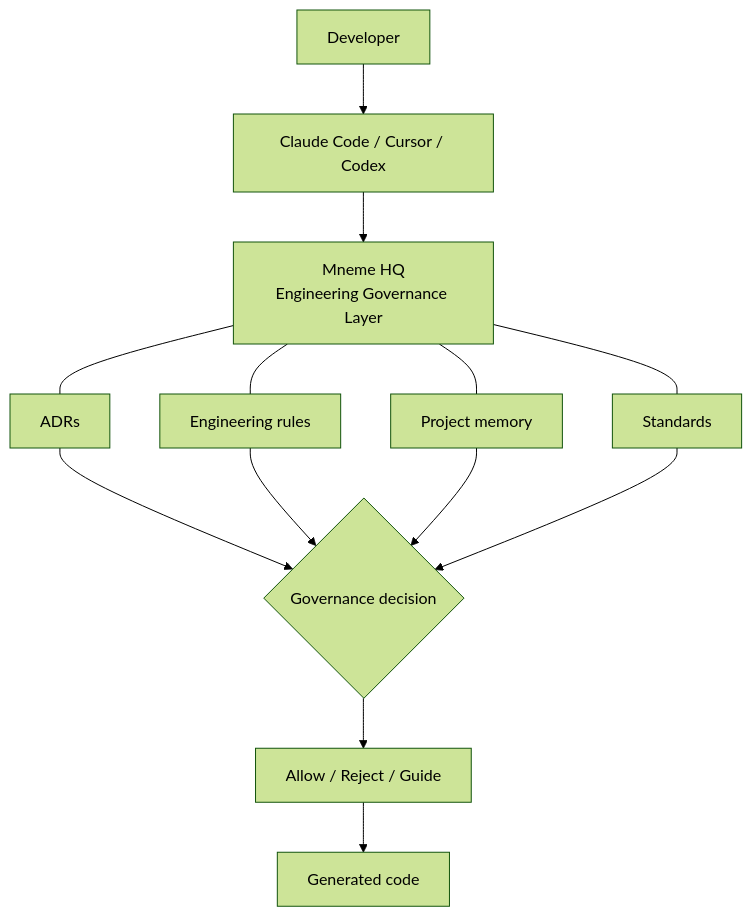
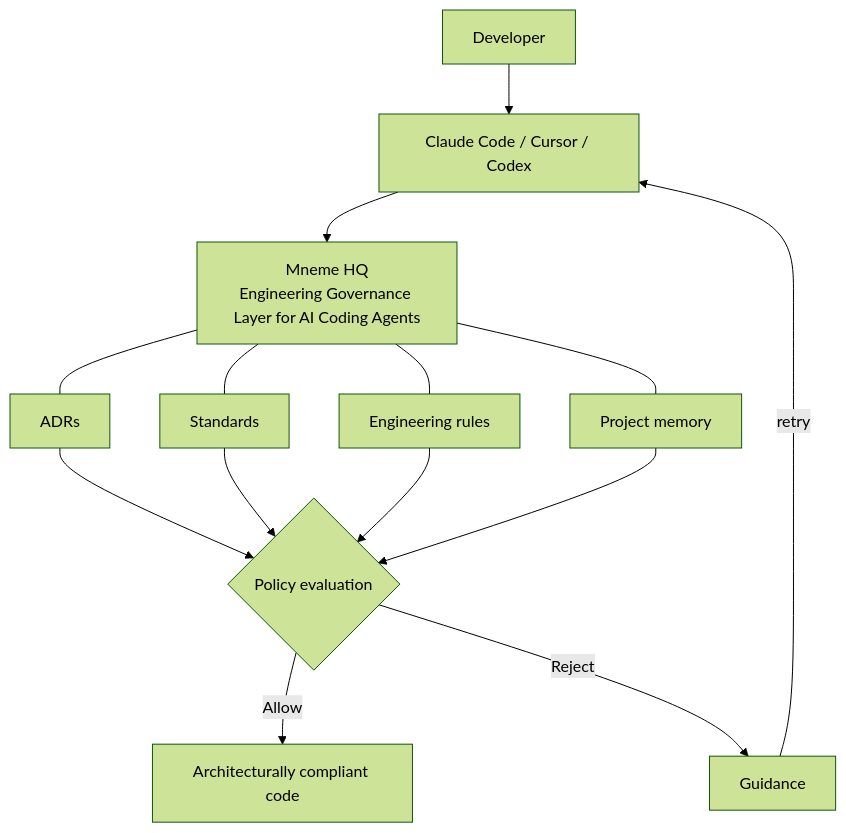
The first of 7 diagrams in docs/architecture-diagrams.md (MnemeHQ/mneme), drawn with Mermaid (forest theme) before and after one commit. The commit also changed 245 other files, not shown here.

First line of the commit message:
site: migrate canonical GitHub URL to MnemeHQ (+ Mermaid sync, Omnigent accuracy fix)

````diff
--- a/docs/architecture-diagrams.md
+++ b/docs/architecture-diagrams.md
@@ -14,20 +14,22 @@
 ```mermaid
 flowchart TD
   Dev[Developer]
   Agents["Claude Code / Cursor / Codex"]
-  Mneme["Mneme HQ<br/>Engineering Governance Layer"]
-  Decision{Governance decision}
-  Outcome["Allow / Reject / Guide"]
-  Code[Generated code]
+  Mneme["Mneme HQ<br/>Engineering Governance Layer for AI Coding Agents"]
+  Eval{Policy evaluation}
+  Code["Architecturally compliant code"]
+  Guidance[Guidance]
 
   Dev --> Agents --> Mneme
   Mneme --- ADRs[ADRs]
+  Mneme --- Standards[Standards]
   Mneme --- Rules[Engineering rules]
   Mneme --- Memory[Project memory]
-  Mneme --- Standards[Standards]
-  ADRs --> Decision
-  Rules --> Decision
-  Memory --> Decision
-  Standards --> Decision
-  Decision --> Outcome --> Code
+  ADRs --> Eval
+  Standards --> Eval
+  Rules --> Eval
+  Memory --> Eval
+  Eval -->|Allow| Code
+  Eval -->|Reject| Guidance
+  Guidance -->|retry| Agents
 ```
````
